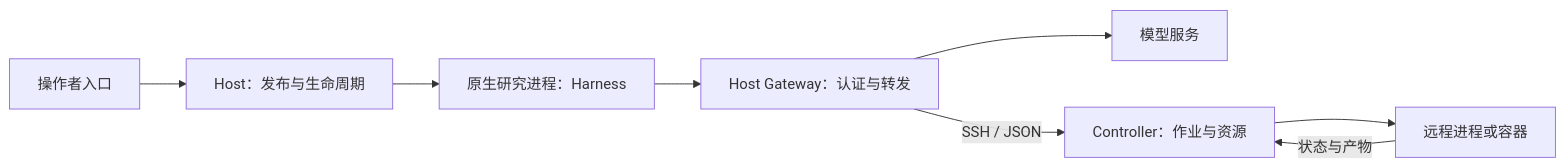
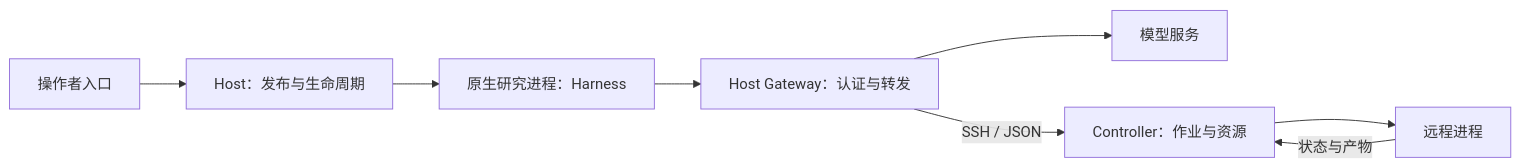
Before and after one commit to dove667/a3-autoresearch-agent: the diagram in docs/reference/architecture.md, drawn with Mermaid. The commit also changed other lines of this file and 67 other files, not shown here.

````diff
--- a/docs/reference/architecture.md
+++ b/docs/reference/architecture.md
@@ -17,10 +17,10 @@
 ```mermaid
 flowchart LR
     CLI[操作者入口] --> Host[Host：发布与生命周期]
     Host --> Agent[原生研究进程：Harness]
     Agent --> Gateway[Host Gateway：认证与转发]
     Gateway --> Model[模型服务]
     Gateway -->|SSH / JSON| Controller[Controller：作业与资源]
-    Controller --> Job[远程进程或容器]
+    Controller --> Job[远程进程]
     Job -->|状态与产物| Controller
 ```
````
